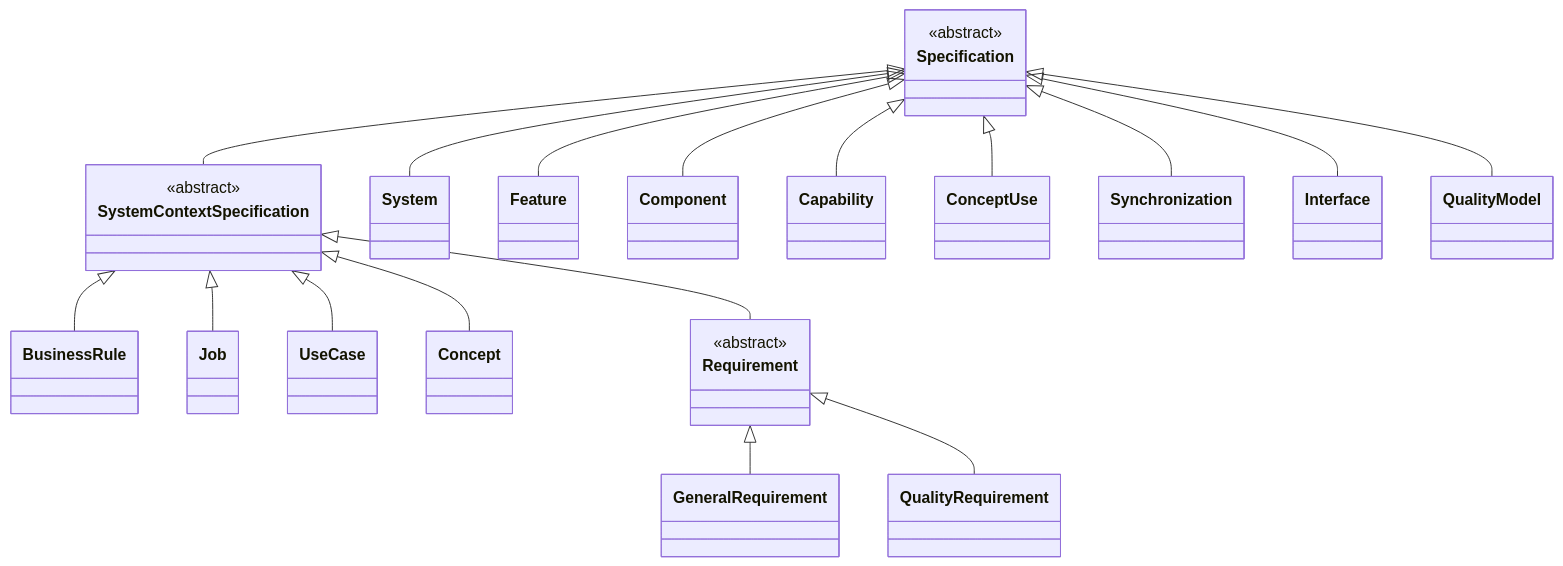
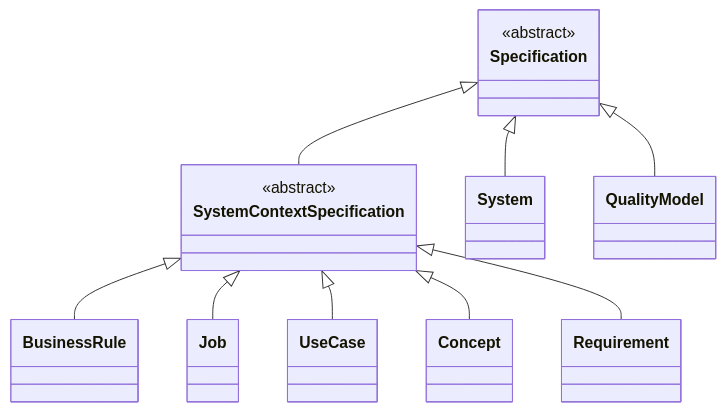
Before and after one commit to craigsmitham/dotspec: the first of 18 diagrams in docs/reference/model/core.md, drawn with Mermaid. The commit also changed other lines of this file and 139 other files, not shown here.

Commit message:
Unify requirement specifications and classify quality by attribute

````diff
--- a/docs/reference/model/core.md
+++ b/docs/reference/model/core.md
@@ -30,40 +30,23 @@
 ```mermaid
 classDiagram
     direction TB
     class Specification
     <<abstract>> Specification
     class SystemContextSpecification
     <<abstract>> SystemContextSpecification
     class System
-    class Feature
-    class Component
-    class Capability
-    class ConceptUse
-    class Synchronization
-    class Interface
     class QualityModel
     class BusinessRule
     class Job
     class UseCase
     class Concept
     class Requirement
-    <<abstract>> Requirement
-    class GeneralRequirement
-    class QualityRequirement
     Specification <|-- SystemContextSpecification
     Specification <|-- System
-    Specification <|-- Feature
-    Specification <|-- Component
-    Specification <|-- Capability
-    Specification <|-- ConceptUse
-    Specification <|-- Synchronization
-    Specification <|-- Interface
     Specification <|-- QualityModel
     SystemContextSpecification <|-- BusinessRule
     SystemContextSpecification <|-- Job
     SystemContextSpecification <|-- UseCase
     SystemContextSpecification <|-- Concept
     SystemContextSpecification <|-- Requirement
-    Requirement <|-- GeneralRequirement
-    Requirement <|-- QualityRequirement
 ```
````
